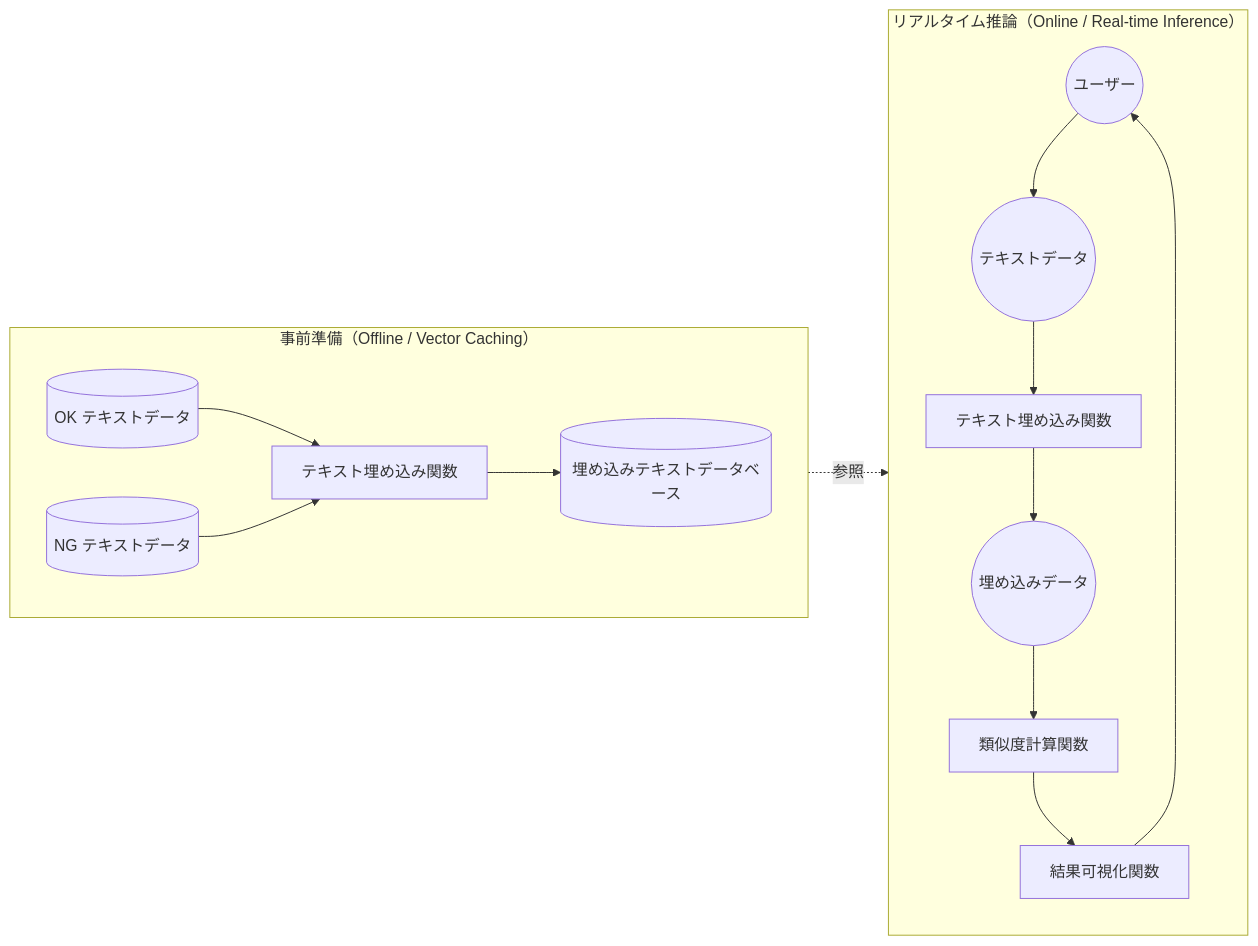
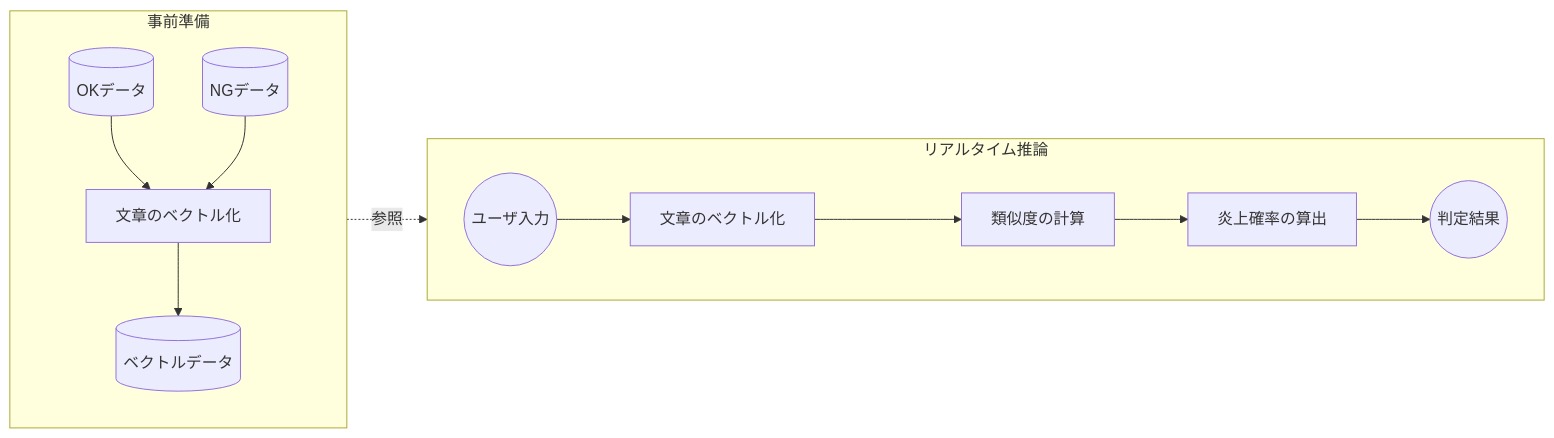
The diagram in README.md (YukiFujimatsu/Personalized-Flaming-Prediction), drawn with Mermaid before and after one commit.

````diff
--- a/README.md
+++ b/README.md
@@ -10,32 +10,22 @@
 ```mermaid
 flowchart LR
-  %% 1. 事前準備
-  subgraph PRE["事前準備（Offline / Vector Caching）"]
-    direction LR
-    ok_db[(OK テキストデータ)] --> embed_fn_offline[テキスト埋め込み関数]
-    ng_db[(NG テキストデータ)] --> embed_fn_offline
-    embed_fn_offline --> vector_db[(埋め込みテキストデータベース)]
+  %% 1. 事前準備（左側）
+  subgraph PRE["事前準備"]
+    direction TB
+    ok[(OKデータ)] --> embed_off[文章のベクトル化]
+    ng[(NGデータ)] --> embed_off
+    embed_off --> db[(ベクトルデータ)]
   end
 
-  %% 2. リアルタイム推論
-  subgraph ONLINE["リアルタイム推論（Online / Real-time Inference）"]
-    direction TB
-    user((ユーザー))
-    text_data((テキストデータ))
-    embed_fn_online[テキスト埋め込み関数]
-    embed_data((埋め込みデータ))
-    sim_fn[類似度計算関数]
-    vis_fn[結果可視化関数]
-
-    user --> text_data
-    text_data --> embed_fn_online
-    embed_fn_online --> embed_data
-    embed_data --> sim_fn
-    sim_fn --> vis_fn
-    vis_fn --> user
+  %% 2. リアルタイム推論（右側）
+  subgraph ONLINE["リアルタイム推論"]
+    direction LR
+    text_data((ユーザ入力)) --> embed_on[文章のベクトル化]
+    embed_on ---> calc_sim[類似度の計算]
+    calc_sim --> calc_prob[炎上確率の算出]
+    calc_prob --> result((判定結果))
   end
 
-  %% 左のデータベースから右の類似度計算へデータを渡す
-  vector_db -. 参照 .-> sim_fn
-
+  %% 矢印を左から右へストレートに刺す
+  db -. 参照 .-> calc_sim
 ```
````
